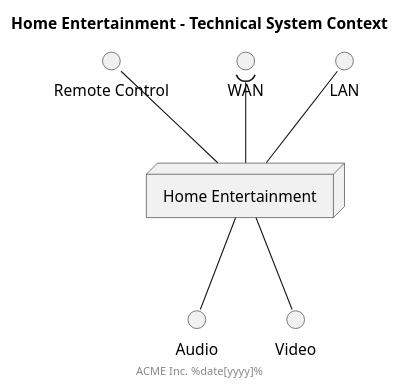
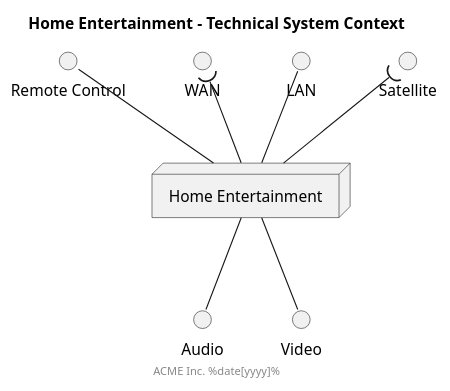
One commit to anoff/antora-arc42 changed the second of 2 diagrams in docs/modules/ROOT/pages/03_system_scope_and_context.adoc. Above: the diagram before and after it, drawn with PlantUML. The commit also changed other lines of this file and 3 other files, not shown here.

```diff
--- a/docs/modules/ROOT/pages/03_system_scope_and_context.adoc
+++ b/docs/modules/ROOT/pages/03_system_scope_and_context.adoc
@@ -81,20 +84,22 @@
 [plantuml, system-context-technical, png]
 ....
 skinparam monochrome true
 title Home Entertainment - Technical System Context
 footer ACME Inc. %date[yyyy]%
 
 node "Home Entertainment" as system
 
 interface "Remote Control" as rc
 interface WAN
 interface LAN
 interface Audio
 interface Video
+interface Satellite
 
 WAN )-down- system
 rc -down- system
 LAN -down- system
 Audio -up- system
 Video -up- system
+Satellite )-down- system
 ....
```
